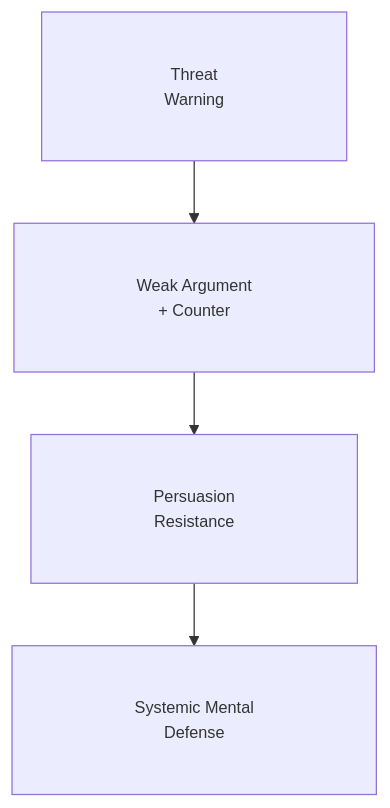
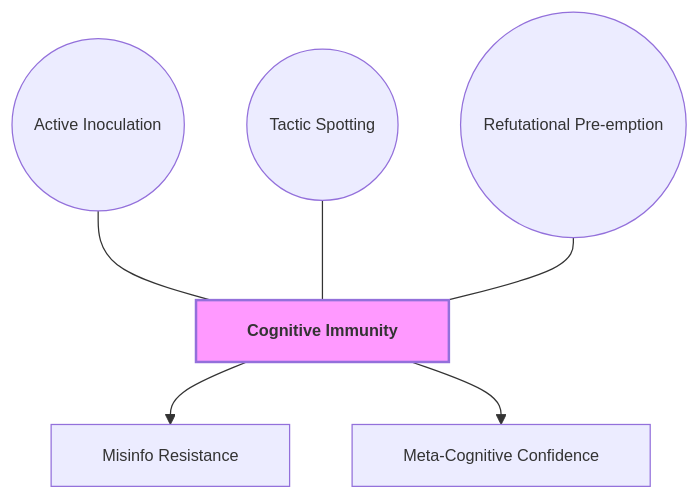
One commit to GM024/CourseSummaries changed the seventh of 7 diagrams in Communication_Influence/Mastery_Guide_SOW_BS033.md. Above: the diagram before and after it, drawn with Mermaid. The commit also changed other lines of this file, not shown here.

Commit message:
Encyclopedia Edition: 300w abstracts, 500w How-to-remember, red-bold verbatim keywords, and APA Figures with detailed notes

````diff
--- a/Communication_Influence/Mastery_Guide_SOW_BS033.md
+++ b/Communication_Influence/Mastery_Guide_SOW_BS033.md
@@ -240,7 +366,14 @@
 ```mermaid
-%%{init: {'flowchart': {'padding': 40}, 'themeVariables': { 'fontSize': '13px' }}}%%
+%%{init: { 'flowchart': { 'padding': 15, 'nodeSpacing': 50, 'rankSpacing': 50, 'curve': 'basis' }, 'themeVariables': { 'fontSize': '13px' }}}%%
 graph TD
-    Warning["&nbsp;&nbsp;&nbsp;&nbsp; Threat &nbsp;&nbsp;&nbsp;&nbsp;<br/>&nbsp;&nbsp;&nbsp;&nbsp; Warning &nbsp;&nbsp;&nbsp;&nbsp;"] --> Refutation["&nbsp;&nbsp;&nbsp;&nbsp; Weak Argument &nbsp;&nbsp;&nbsp;&nbsp;<br/>&nbsp;&nbsp;&nbsp;&nbsp; + Counter &nbsp;&nbsp;&nbsp;&nbsp;"]
-    Refutation --> Immunity["&nbsp;&nbsp;&nbsp;&nbsp; Persuasion &nbsp;&nbsp;&nbsp;&nbsp;<br/>&nbsp;&nbsp;&nbsp;&nbsp; Resistance &nbsp;&nbsp;&nbsp;&nbsp;"]
-    Immunity --> Defense["&nbsp;&nbsp;&nbsp;&nbsp; Systemic Mental &nbsp;&nbsp;&nbsp;&nbsp;<br/>&nbsp;&nbsp;&nbsp;&nbsp; Defense &nbsp;&nbsp;&nbsp;&nbsp;"]
+    Hub["&nbsp;&nbsp; Cognitive Immunity &nbsp;&nbsp;"]:::hubNode
+    
+    S1(("&nbsp;&nbsp; Active Inoculation &nbsp;&nbsp;")) --- Hub
+    S2(("&nbsp;&nbsp; Tactic Spotting &nbsp;&nbsp;")) --- Hub
+    S3(("&nbsp;&nbsp; Refutational Pre-emption &nbsp;&nbsp;")) --- Hub
+    
+    Hub --> B1["&nbsp;&nbsp; Misinfo Resistance &nbsp;&nbsp;"]
+    Hub --> B2["&nbsp;&nbsp; Meta-Cognitive Confidence &nbsp;&nbsp;"]
+    
+    classDef hubNode font-weight:bold,stroke-width:2px,fill:#f9f;
 ```
````
